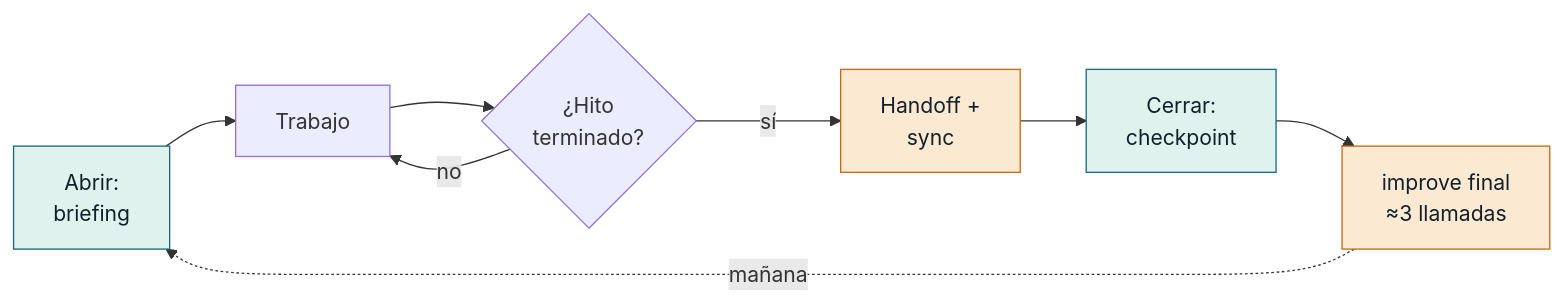
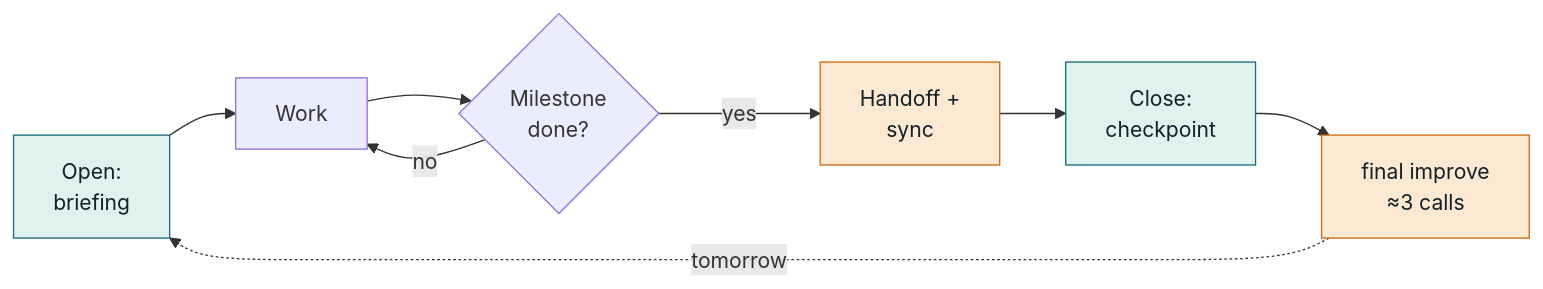
The diagram in docs/diagrams/04-continuidad.mmd (WRopero/Timewarden), drawn with Mermaid before and after one commit. The commit also changed 97 other files, not shown here.

```diff
--- a/docs/diagrams/04-continuidad.mmd
+++ b/docs/diagrams/04-continuidad.mmd
@@ -1,12 +1,12 @@
 flowchart LR
-  A["Abrir:<br/>briefing"] --> C["Trabajo"]
-  C --> D{"¿Hito<br/>terminado?"}
+  A["Open:<br/>briefing"] --> C["Work"]
+  C --> D{"Milestone<br/>done?"}
   D -->|"no"| C
-  D -->|"sí"| E["Handoff +<br/>sync"]
-  E --> G["Cerrar:<br/>checkpoint"]
-  G --> I["improve final<br/>≈3 llamadas"]
-  I -.->|"mañana"| A
+  D -->|"yes"| E["Handoff +<br/>sync"]
+  E --> G["Close:<br/>checkpoint"]
+  G --> I["final improve<br/>≈3 calls"]
+  I -.->|"tomorrow"| A
   classDef free fill:#E0F2EE,stroke:#176B7B,color:#12202B
   classDef cost fill:#FCE9D2,stroke:#C96A12,color:#12202B
   class A,G free
   class E,I cost
```
